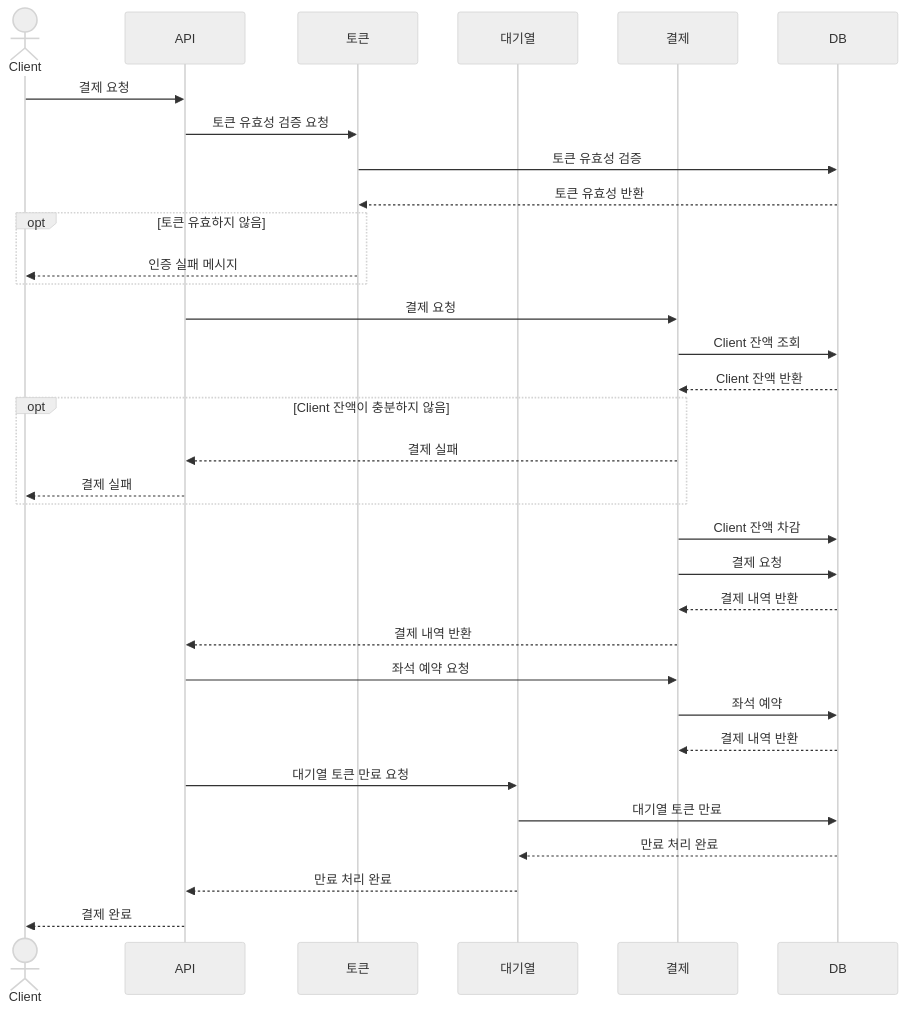
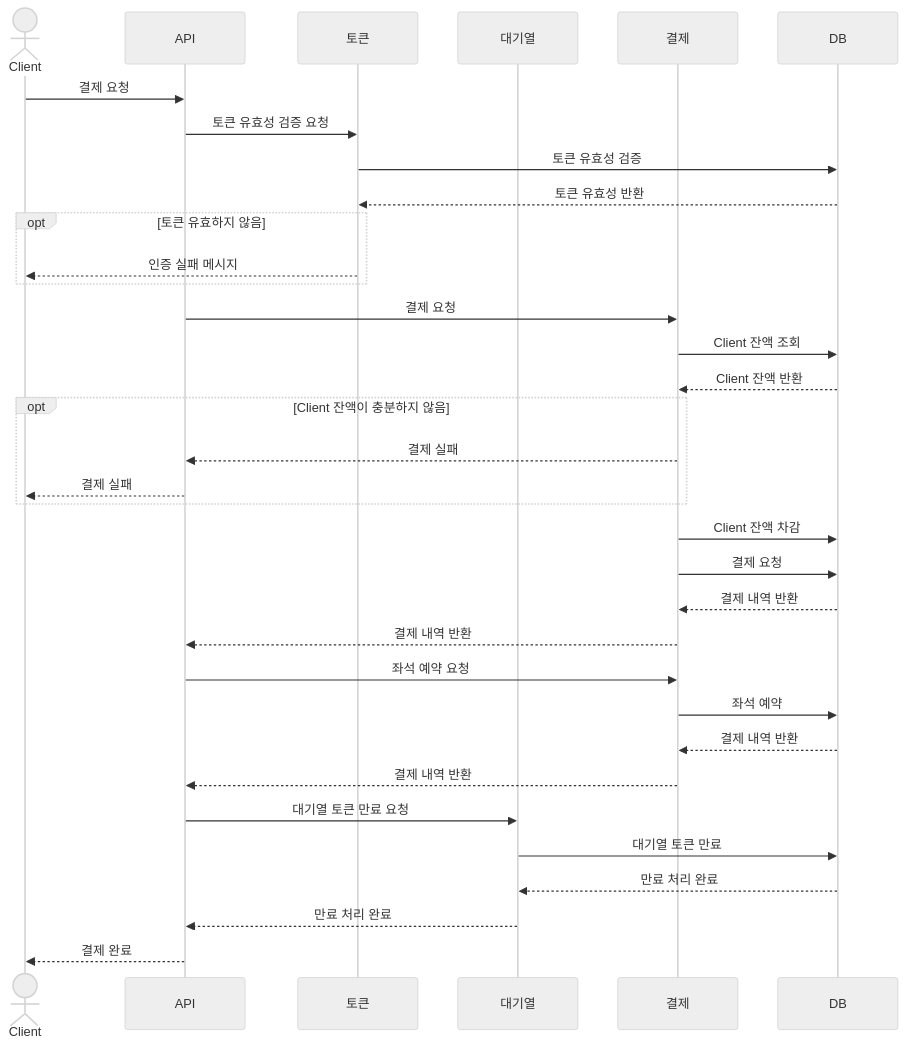
One commit to hyojin202406/hanghae-concert changed the ninth of 9 diagrams in docs/Sequence_diagram.md. Above: the diagram before and after it, drawn with Mermaid (neutral theme). The commit also changed other lines of this file and 2 other files, not shown here.

Commit message:
doc: API, ERD, Sequence_diagram 수정

````diff
--- a/docs/Sequence_diagram.md
+++ b/docs/Sequence_diagram.md
@@ -242,36 +228,37 @@
 ```mermaid
 sequenceDiagram
     actor Client
     participant API
     participant 토큰서비스 as 토큰
     participant 대기열서비스 as 대기열
     participant 결제서비스 as 결제
     participant DB
 
     Client ->> API: 결제 요청
     API ->> 토큰서비스: 토큰 유효성 검증 요청
     토큰서비스 ->> DB: 토큰 유효성 검증
     DB -->> 토큰서비스: 토큰 유효성 반환
     opt 토큰 유효하지 않음
         토큰서비스-->>Client: 인증 실패 메시지
     end
     API ->> 결제서비스: 결제 요청
     결제서비스 ->> DB:  Client 잔액 조회
     DB -->> 결제서비스: Client 잔액 반환
     opt Client 잔액이 충분하지 않음
         결제서비스-->>API: 결제 실패
         API-->>Client: 결제 실패
     end
     결제서비스 ->> DB:  Client 잔액 차감
     결제서비스 ->> DB:  결제 요청
     DB -->> 결제서비스: 결제 내역 반환
     결제서비스 -->> API: 결제 내역 반환
     API ->> 결제서비스: 좌석 예약 요청
     결제서비스 ->> DB:  좌석 예약
     DB -->> 결제서비스: 결제 내역 반환
+    결제서비스 -->> API: 결제 내역 반환
     API ->> 대기열서비스: 대기열 토큰 만료 요청
     대기열서비스 ->> DB: 대기열 토큰 만료
     DB -->> 대기열서비스: 만료 처리 완료
     대기열서비스 -->> API: 만료 처리 완료
     API -->> Client: 결제 완료
 ```
````
